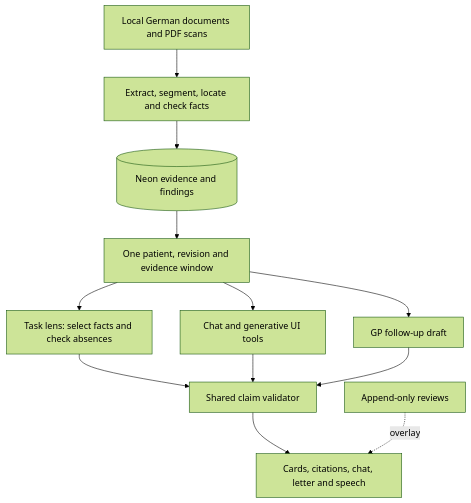
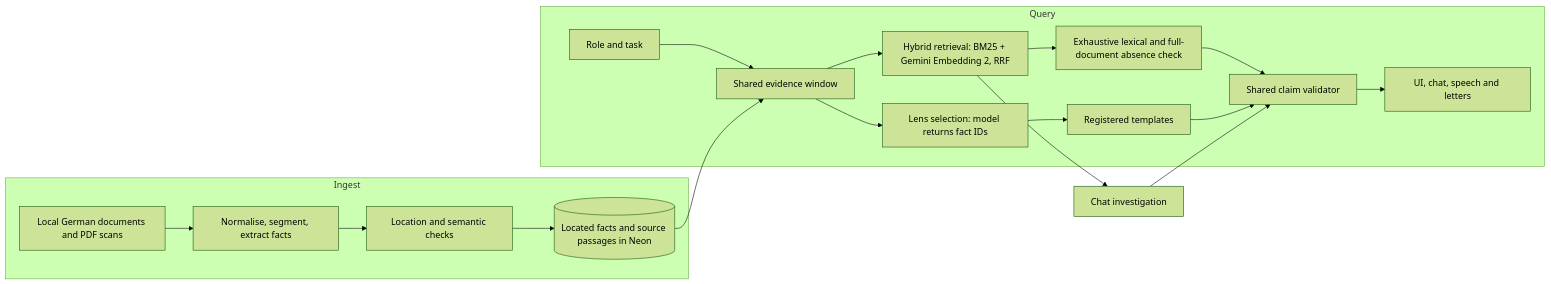
The diagram in README.md (Julian-AT/medlyn), drawn with Mermaid (forest theme) before and after one commit. The commit also changed other lines of this file, not shown here.

````diff
--- a/README.md
+++ b/README.md
@@ -33,14 +51,21 @@
 ```mermaid
-flowchart TD
-  Files[Local German documents and PDF scans] --> Ingest[Extract, segment, locate and check facts]
-  Ingest --> DB[(Neon evidence and findings)]
-  DB --> Window[One patient, revision and evidence window]
-  Window --> Lens[Task lens: select facts and check absences]
-  Window --> Agent[Chat and generative UI tools]
-  Window --> Letter[GP follow-up draft]
-  Lens --> Gate[Shared claim validator]
-  Agent --> Gate
-  Letter --> Gate
-  Gate --> UI[Cards, citations, chat, letter and speech]
-  Review[Append-only reviews] -. overlay .-> UI
+flowchart LR
+  subgraph Ingest
+    Docs[Local German documents and PDF scans] --> Extract[Normalise, segment, extract facts]
+    Extract --> Locate[Location and semantic checks]
+    Locate --> Neon[(Located facts and source passages in Neon)]
+  end
+  subgraph Query
+    Task[Role and task] --> Window[Shared evidence window]
+    Window --> Search[Hybrid retrieval: BM25 + Gemini Embedding 2, RRF]
+    Window --> Select[Lens selection: model returns fact IDs]
+    Search --> Absence[Exhaustive lexical and full-document absence check]
+    Select --> Templates[Registered templates]
+    Absence --> Claims[Shared claim validator]
+    Templates --> Claims
+    Claims --> Channels[UI, chat, speech and letters]
+  end
+  Neon --> Window
+  Search --> Investigate[Chat investigation]
+  Investigate --> Claims
 ```
````
